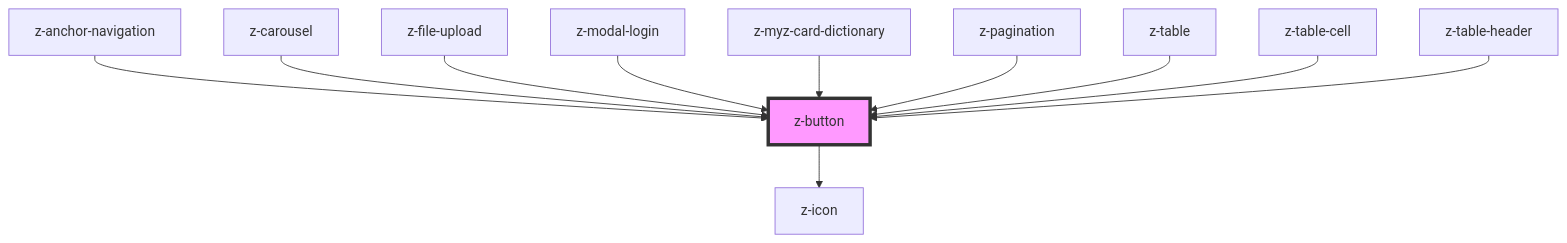
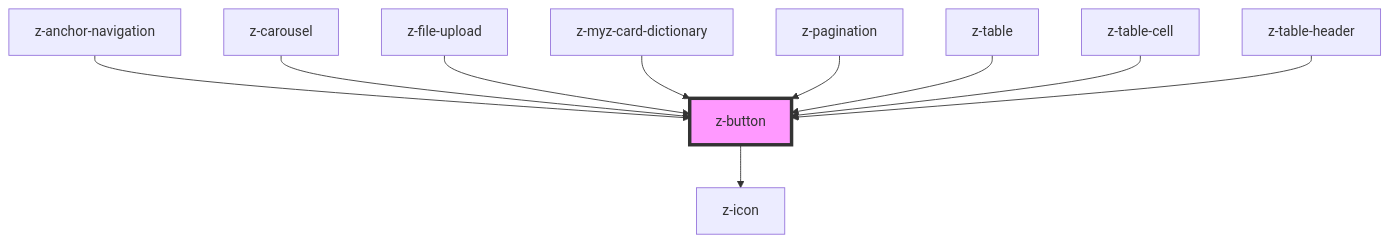
Before and after one commit to ZanichelliEditore/design-system: the diagram in src/components/buttons/z-button/readme.md, drawn with Mermaid. The commit also changed other lines of this file and 11 other files, not shown here.

````diff
--- a/src/components/buttons/z-button/readme.md
+++ b/src/components/buttons/z-button/readme.md
@@ -126,14 +125,13 @@
 ```mermaid
 graph TD;
   z-button --> z-icon
   z-anchor-navigation --> z-button
   z-carousel --> z-button
   z-file-upload --> z-button
-  z-modal-login --> z-button
   z-myz-card-dictionary --> z-button
   z-pagination --> z-button
   z-table --> z-button
   z-table-cell --> z-button
   z-table-header --> z-button
   style z-button fill:#f9f,stroke:#333,stroke-width:4px
 ```
````
